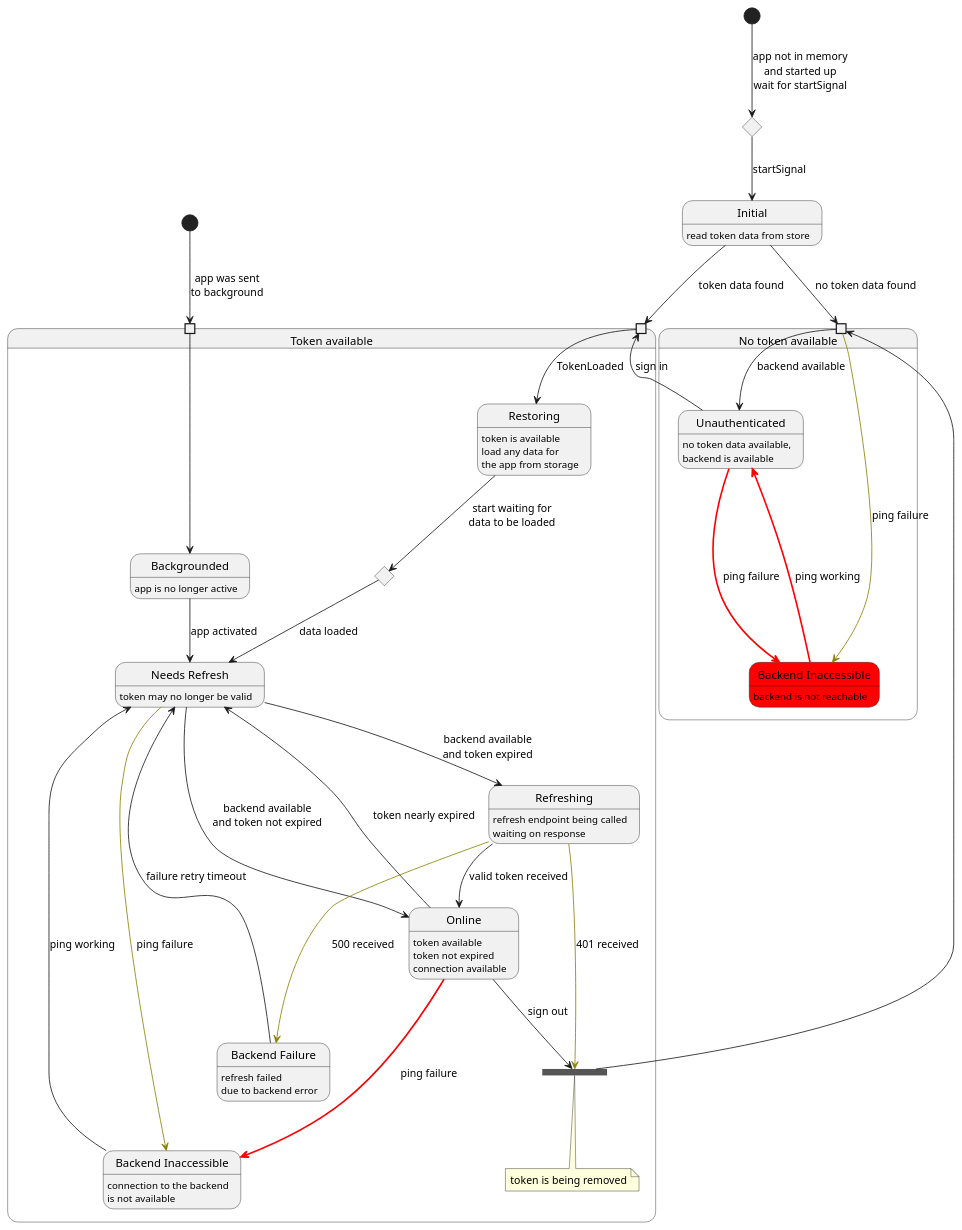
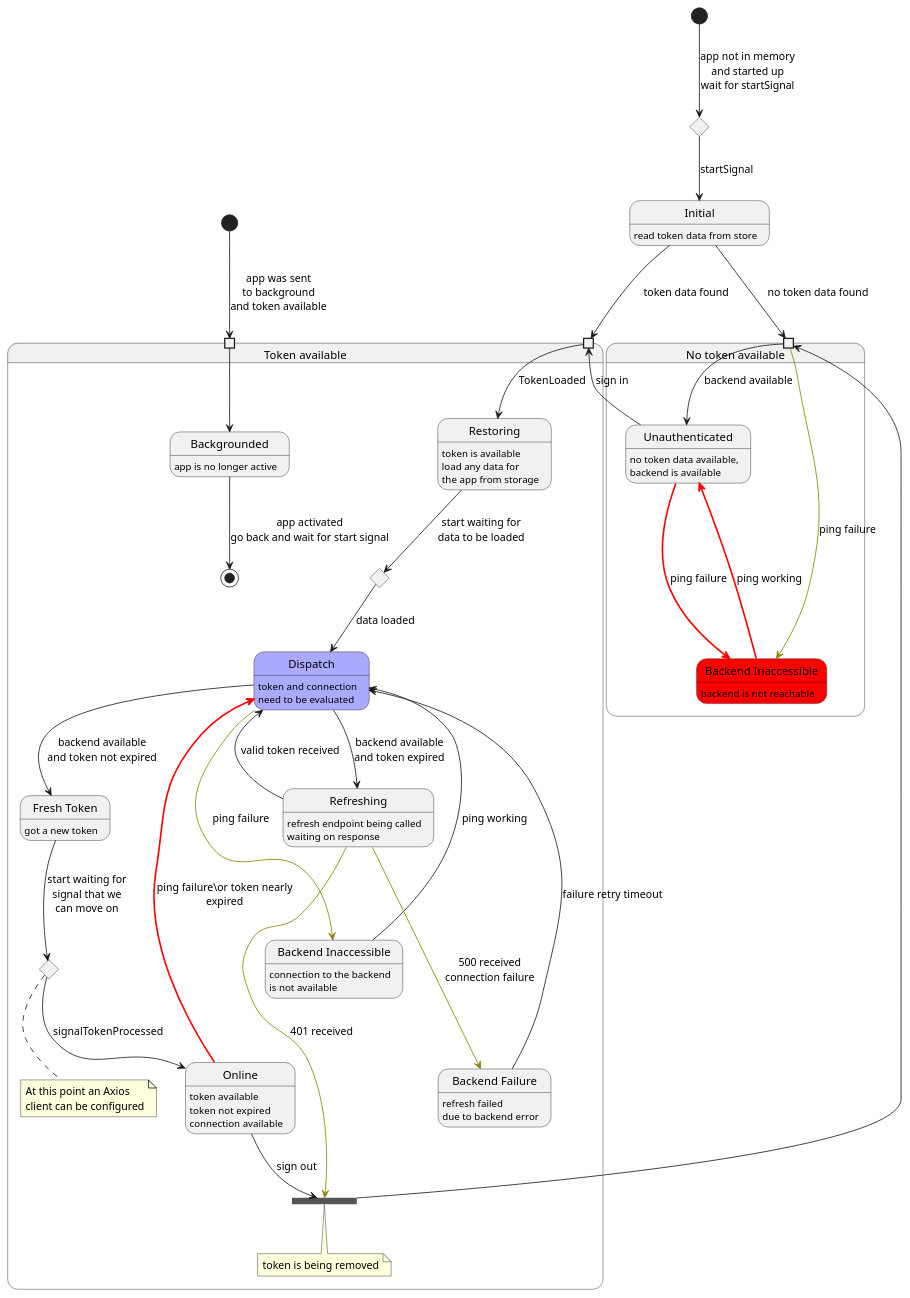
Before and after one commit to trajano/spring-cloud-demo: the first of 4 diagrams in packages/auth-context/AuthState.puml, drawn with PlantUML. The commit also changed 13 other files, not shown here.

```diff
--- a/packages/auth-context/AuthState.puml
+++ b/packages/auth-context/AuthState.puml
@@ -1,71 +1,83 @@
 @startuml AuthState
 state Signal <<choice>>
 state Initial : read token data from store
 [*] --> Signal : app not in memory\nand started up\nwait for startSignal
 Signal --> Initial : startSignal
 
 state "Token available" as Authenticated {
   state " " as needsRefreshPin <<inputPin>>
   ' state " " as authenticatedPin <<inputPin>>
   state " " as backgroundedPin <<inputPin>>
   ' needsRefreshPin --> Restoring
   state WaitForDataLoaded <<choice>>
   needsRefreshPin --> InitialLoad : TokenLoaded
   ' authenticatedPin --> AuthenticatedOnline
   backgroundedPin --> Backgrounded
   state "Restoring" as InitialLoad: token is available\nload any data for\nthe app from storage
-  state "Needs Refresh" as NeedsRefresh: token may no longer be valid
+  ' state "Needs Refresh" as NeedsRefresh: token may no longer be valid
+  state "Dispatch" as NeedsRefresh #aaaaff: token and connection\nneed to be evaluated
   state Refreshing: refresh endpoint being called\nwaiting on response
+  state "Fresh Token" as FreshToken: got a new token
+  state FreshTokenWait <<choice>>
   state "Online" as AuthenticatedOnline: token available\ntoken not expired\nconnection available
   state "Backend Inaccessible" as BackendInaccessible: connection to the backend\nis not available
   state "Backend Failure" as BackendFailure: refresh failed\ndue to backend error
   state "Token Removal" as TokenRemoval <<join>>
   state "Backgrounded" as Backgrounded: app is no longer active
 
   note bottom of TokenRemoval
     token is being removed
   end note
+
   ' state "Restoring" as Restoring: app is active\nin foreground
 
+  FreshToken --> FreshTokenWait : start waiting for\nsignal that we\ncan move on
+  FreshTokenWait --> AuthenticatedOnline : signalTokenProcessed
   InitialLoad --> WaitForDataLoaded : start waiting for\ndata to be loaded
   WaitForDataLoaded --> NeedsRefresh: data loaded
   NeedsRefresh --> Refreshing: backend available\nand token expired
-  NeedsRefresh --> AuthenticatedOnline: backend available\nand token not expired
-  Refreshing --> AuthenticatedOnline: valid token received
+  NeedsRefresh --> FreshToken : backend available\nand token not expired
+  ' Refreshing --> FreshTokenWait: valid token received
+  Refreshing --> NeedsRefresh: valid token received
   Refreshing --[#8B8000]-> TokenRemoval: 401 received
-  AuthenticatedOnline --[#red,bold]-> BackendInaccessible : ping failure
-  AuthenticatedOnline --> NeedsRefresh : token nearly expired
+  'AuthenticatedOnline --[#red,bold]-> BackendInaccessible : ping failure
+  AuthenticatedOnline --[#red,bold]-> NeedsRefresh : ping failure\or token nearly\nexpired
+'  AuthenticatedOnline --> NeedsRefresh : token nearly expired
   BackendInaccessible --> NeedsRefresh : ping working
   NeedsRefresh --[#8B8000]-> BackendInaccessible : ping failure
-  Refreshing --[#8B8000]-> BackendFailure : 500 received
+  Refreshing --[#8B8000]-> BackendFailure : 500 received\nconnection failure
   BackendFailure --> NeedsRefresh : failure retry timeout
   AuthenticatedOnline --> TokenRemoval : sign out
-  Backgrounded --> NeedsRefresh: app activated
+  Backgrounded --> [*]: app activated\ngo back and wait for start signal
   ' Backgrounded -> Restoring: app activated
   ' Restoring -> NeedsRefresh: app restored
+  note bottom of FreshTokenWait
+    At this point an Axios
+    client can be configured
+  end note
 
 }
 
 state "No token available" as NoToken {
   state " " as unauthenticatedPin <<inputPin>>
   state Unauthenticated : no token data available,\nbackend is available
   state "Backend Inaccessible" as UnauthenticatedOffline #red : backend is not reachable
   unauthenticatedPin --> Unauthenticated : backend available
   unauthenticatedPin --[#8B8000]-> UnauthenticatedOffline : ping failure
   Unauthenticated --[#red,bold]-> UnauthenticatedOffline : ping failure
   UnauthenticatedOffline --[#red,bold]-> Unauthenticated : ping working
   Unauthenticated --> needsRefreshPin : sign in
 
 }
 
 
 Initial --> unauthenticatedPin : no token data found
 Initial --> needsRefreshPin : token data found
 TokenRemoval --> unauthenticatedPin
 
 ' state AppActivate <<start>>
 ' AppActivate --> needsRefreshPin : app was activated\nfrom memory
 state AppBackgrounded <<start>>
-AppBackgrounded --> backgroundedPin : app was sent\nto background
+AppBackgrounded --> backgroundedPin : app was sent\nto background\nand token available
 
 @enduml
```
